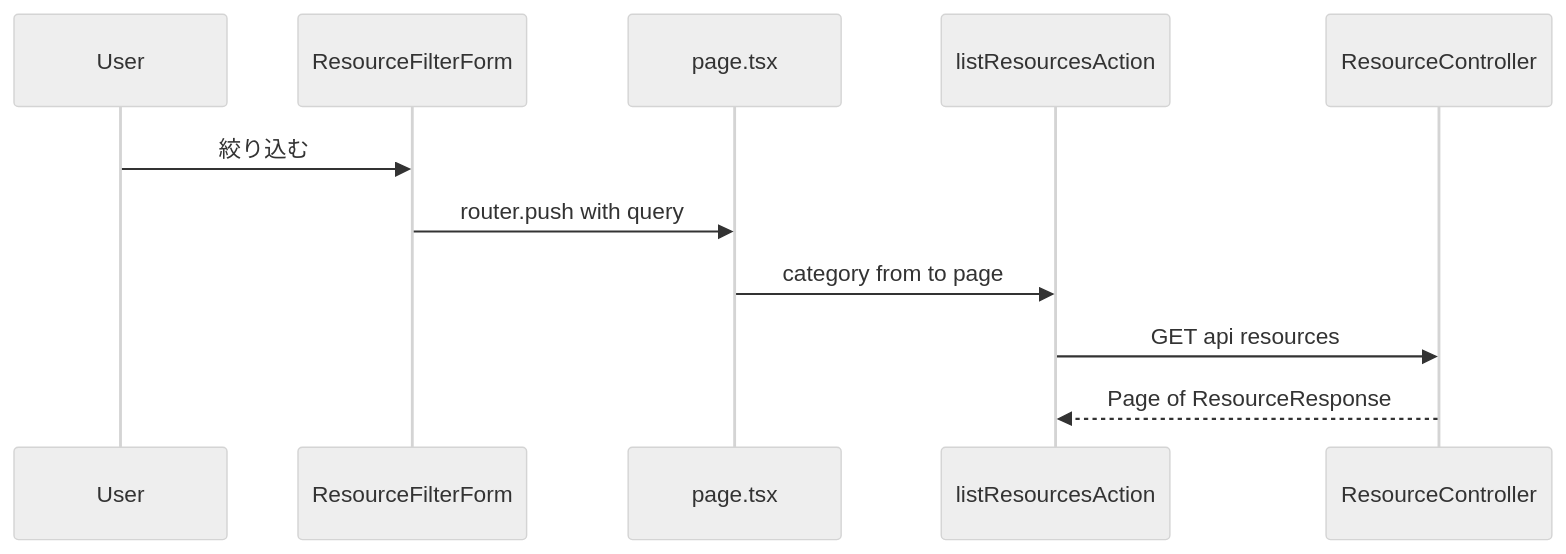
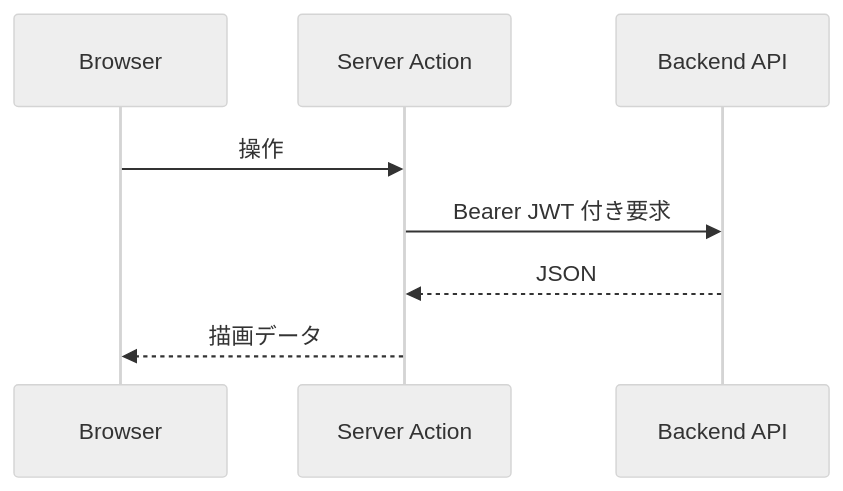
The second of 2 diagrams in Docs/spec/aidlc-docs/inception/reverse-engineering/architecture.md (CHS-Training-Org/ai_training_for_chuo_system), drawn with Mermaid (neutral theme) before and after one commit. The commit also changed other lines of this file and 25 other files, not shown here.

````diff
--- a/Docs/spec/aidlc-docs/inception/reverse-engineering/architecture.md
+++ b/Docs/spec/aidlc-docs/inception/reverse-engineering/architecture.md
@@ -34,13 +42,10 @@
 ```mermaid
 sequenceDiagram
-  participant U as User
-  participant F as ResourceFilterForm
-  participant P as page.tsx
-  participant A as listResourcesAction
-  participant B as ResourceController
-  U->>F: 絞り込む
-  F->>P: router.push with query
-  P->>A: category from to page
-  A->>B: GET api resources
-  B-->>A: Page of ResourceResponse
+  participant B as Browser
+  participant S as Server Action
+  participant A as Backend API
+  B->>S: 操作
+  S->>A: Bearer JWT 付き要求
+  A-->>S: JSON
+  S-->>B: 描画データ
 ```
````
